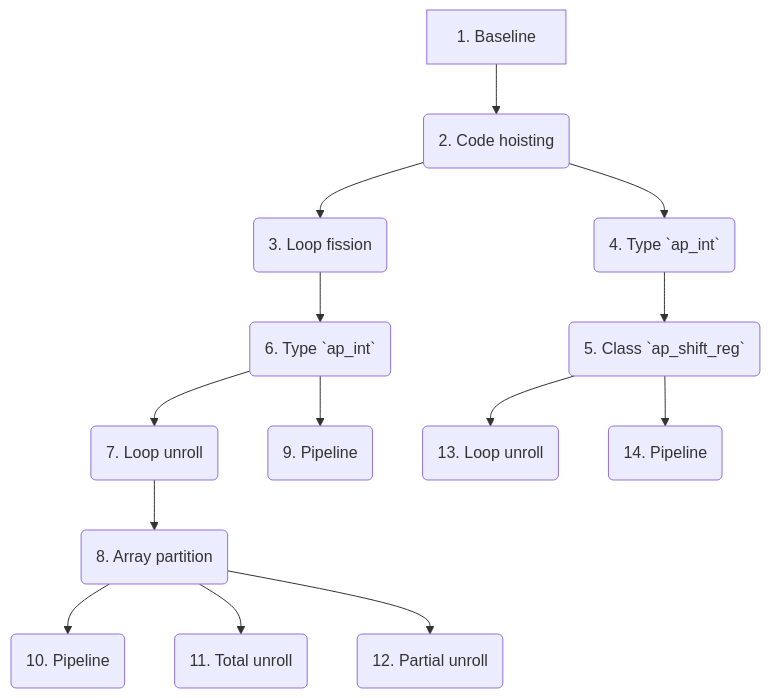
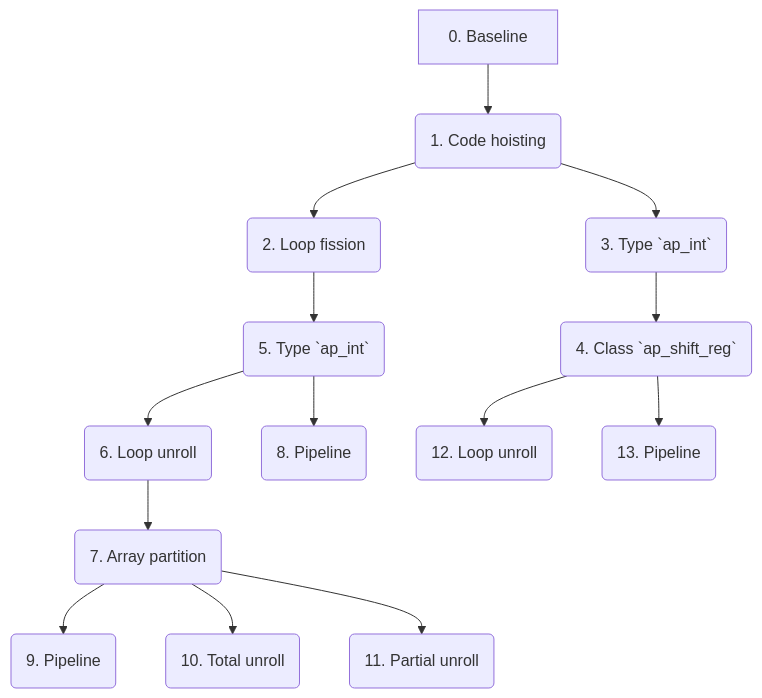
One commit to XBlayz/HLS_projects changed the diagram in README.md. Above: the diagram before and after it, drawn with Mermaid. The commit also changed other lines of this file and 717 other files, not shown here.

````diff
--- a/README.md
+++ b/README.md
@@ -133,21 +133,22 @@
 ```mermaid
 flowchart TD
-    1[1. Baseline] --> 2(2. Code hoisting)
+    0[0. Baseline] --> 1(1. Code hoisting)
 
-    2 --> 3(3. Loop fission) --> 6(6. Type `ap_int`)
-    2 --> 4(4. Type `ap_int`) --> 5(5. Class `ap_shift_reg`)
+    1 --> 2(2. Loop fission) --> 5(5. Type `ap_int`)
+    1 --> 3(3. Type `ap_int`) --> 4(4. Class `ap_shift_reg`)
 
-    6 --> 7(7. Loop unroll) --> 8(8. Array partition) --> 10(10. Pipeline)
-    6 --> 9(9. Pipeline)
+    5 --> 6(6. Loop unroll) --> 7(7. Array partition) --> 9(9. Pipeline)
+    5 --> 8(8. Pipeline)
 
-    8 --> 11(11. Total unroll)
-    8 --> 12(12. Partial unroll)
+    7 --> 10(10. Total unroll)
+    7 --> 11(11. Partial unroll)
 
-    5 --> 13(13. Loop unroll)
-    5 --> 14(14. Pipeline)
+    4 --> 12(12. Loop unroll)
+    4 --> 13(13. Pipeline)
 
-    %% <BEST_1> --> 15{*15. Operation chaining}
-    %% <BEST_2> --> 16{*16. Operation chaining}
+    %% <BEST_1> --> 14{*14. Operation chaining}
+    %% <BEST_2> --> 15{*15. Operation chaining}
+    %% <BEST_3> --> 16{*16. Operation chaining}
 
     %%TODO: <BEST> --> 17[17. AXI4-Stream]
 ```
````
